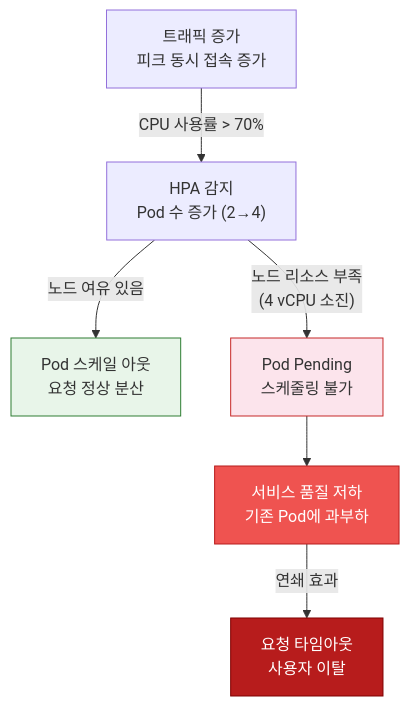
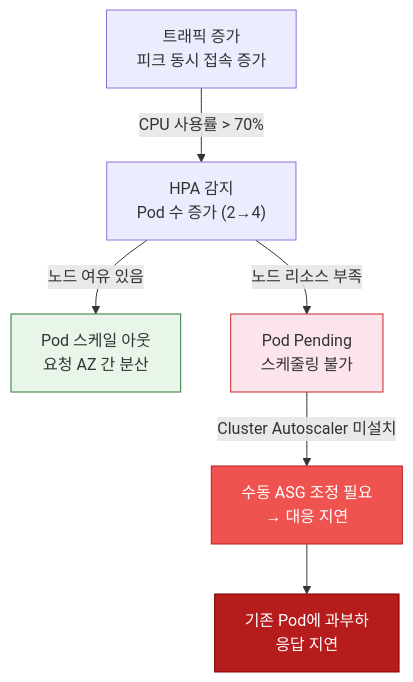
Before and after one commit to 80-hours-a-week/2-cho-community-infra: the seventh of 17 diagrams in report.md, drawn with Mermaid. The commit also changed other lines of this file and 1 other file, not shown here.

````diff
--- a/report.md
+++ b/report.md
@@ -387,15 +429,15 @@
 ```mermaid
 flowchart TD
     Traffic["트래픽 증가<br/>피크 동시 접속 증가"]
 
     Traffic -->|"CPU 사용률 > 70%"| HPA["HPA 감지<br/>Pod 수 증가 (2→4)"]
-    HPA -->|"노드 여유 있음"| Scale["Pod 스케일 아웃<br/>요청 정상 분산"]
-    HPA -->|"노드 리소스 부족<br/>(4 vCPU 소진)"| Pending["Pod Pending<br/>스케줄링 불가"]
-    Pending --> Degraded["서비스 품질 저하<br/>기존 Pod에 과부하"]
-    Degraded -->|"연쇄 효과"| Timeout["요청 타임아웃<br/>사용자 이탈"]
+    HPA -->|"노드 여유 있음"| Scale["Pod 스케일 아웃<br/>요청 AZ 간 분산"]
+    HPA -->|"노드 리소스 부족"| Pending["Pod Pending<br/>스케줄링 불가"]
+    Pending -->|"Cluster Autoscaler 미설치"| Manual["수동 ASG 조정 필요<br/>→ 대응 지연"]
+    Manual --> Degraded["기존 Pod에 과부하<br/>응답 지연"]
 
     style Scale fill:#e8f5e9,stroke:#2e7d32
     style Pending fill:#fce4ec,stroke:#c62828
-    style Degraded fill:#ef5350,color:#fff,stroke:#b71c1c
-    style Timeout fill:#b71c1c,color:#fff,stroke:#7f0000
+    style Manual fill:#ef5350,color:#fff,stroke:#b71c1c
+    style Degraded fill:#b71c1c,color:#fff,stroke:#7f0000
 ```
````
